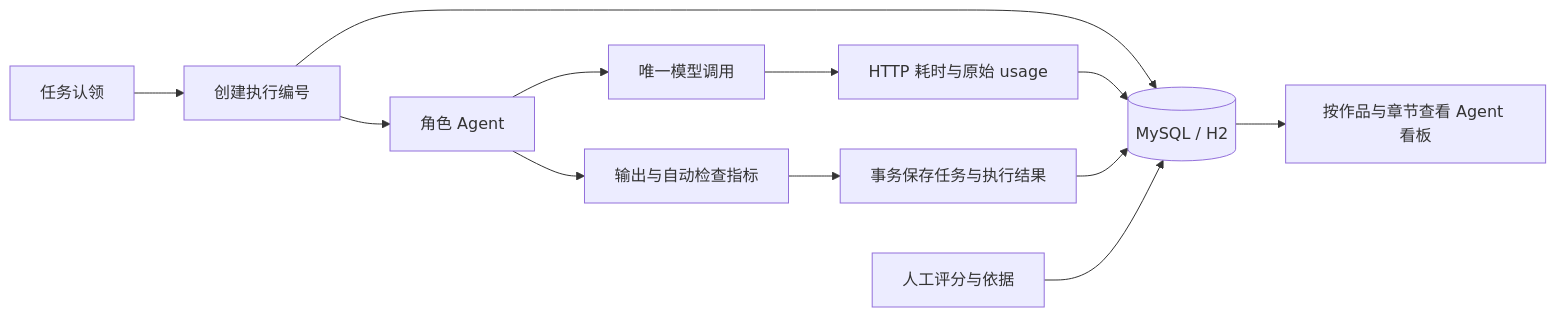
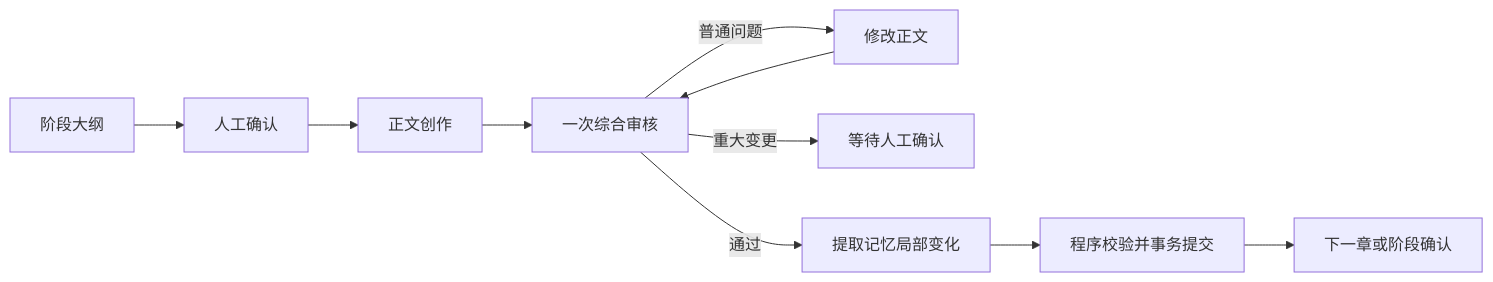
The diagram in README.md (ccii1/novel-agent), drawn with Mermaid before and after one commit. The commit also changed other lines of this file and 91 other files, not shown here.

Commit message:
收缩为基础小说创作流程，移除外围功能与图查询依赖

````diff
--- a/README.md
+++ b/README.md
@@ -564,14 +7,12 @@
 ```mermaid
 flowchart LR
-    Claim[任务认领] --> Execution[创建执行编号]
-    Execution --> Agent[角色 Agent]
-    Agent --> Call[唯一模型调用]
-    Call --> Usage[HTTP 耗时与原始 usage]
-    Agent --> Result[输出与自动检查指标]
-    Result --> Commit[事务保存任务与执行结果]
-    Execution --> Database[(MySQL / H2)]
-    Usage --> Database
-    Commit --> Database
-    Feedback[人工评分与依据] --> Database
-    Database --> Board[按作品与章节查看 Agent 看板]
+    Plan[阶段大纲] --> Approval[人工确认]
+    Approval --> Write[正文创作]
+    Write --> Review[一次综合审核]
+    Review -->|普通问题| Rewrite[修改正文]
+    Rewrite --> Review
+    Review -->|重大变更| Human[等待人工确认]
+    Review -->|通过| Memory[提取记忆局部变化]
+    Memory --> Validate[程序校验并事务提交]
+    Validate --> Next[下一章或阶段确认]
 ```
````
